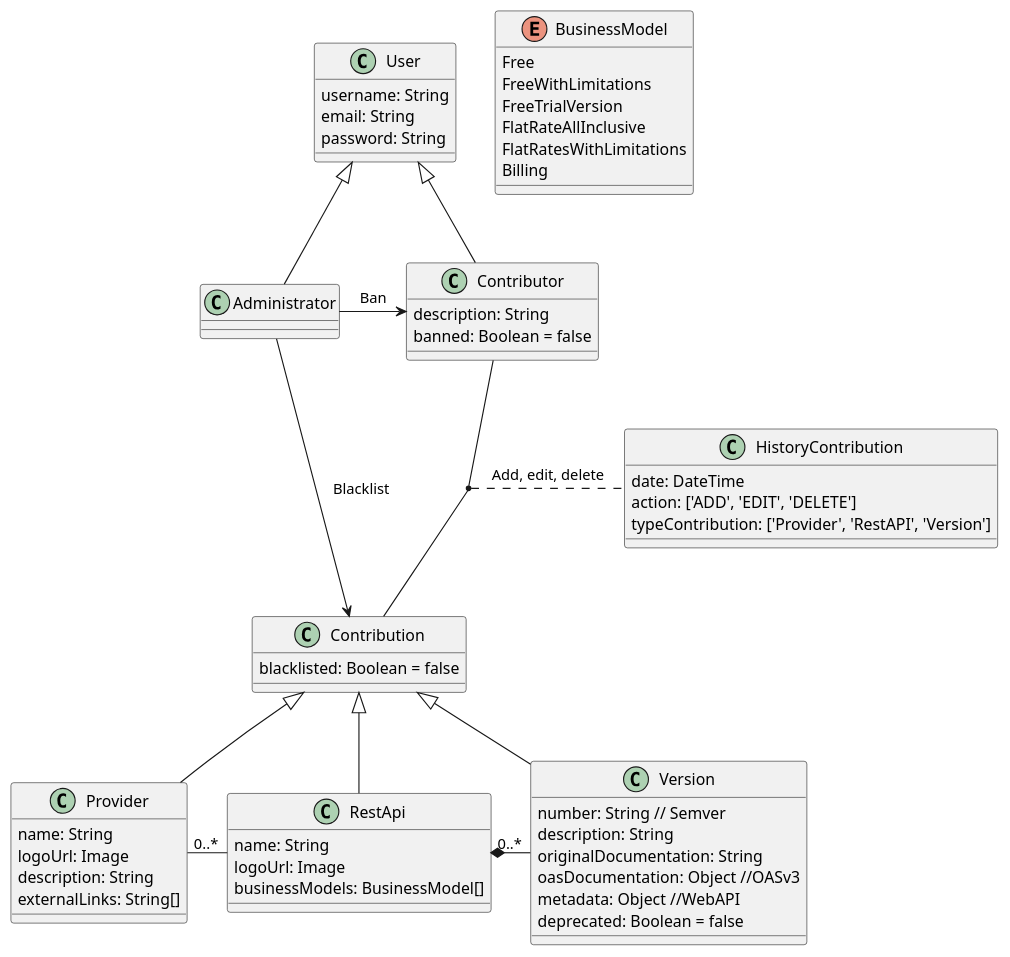
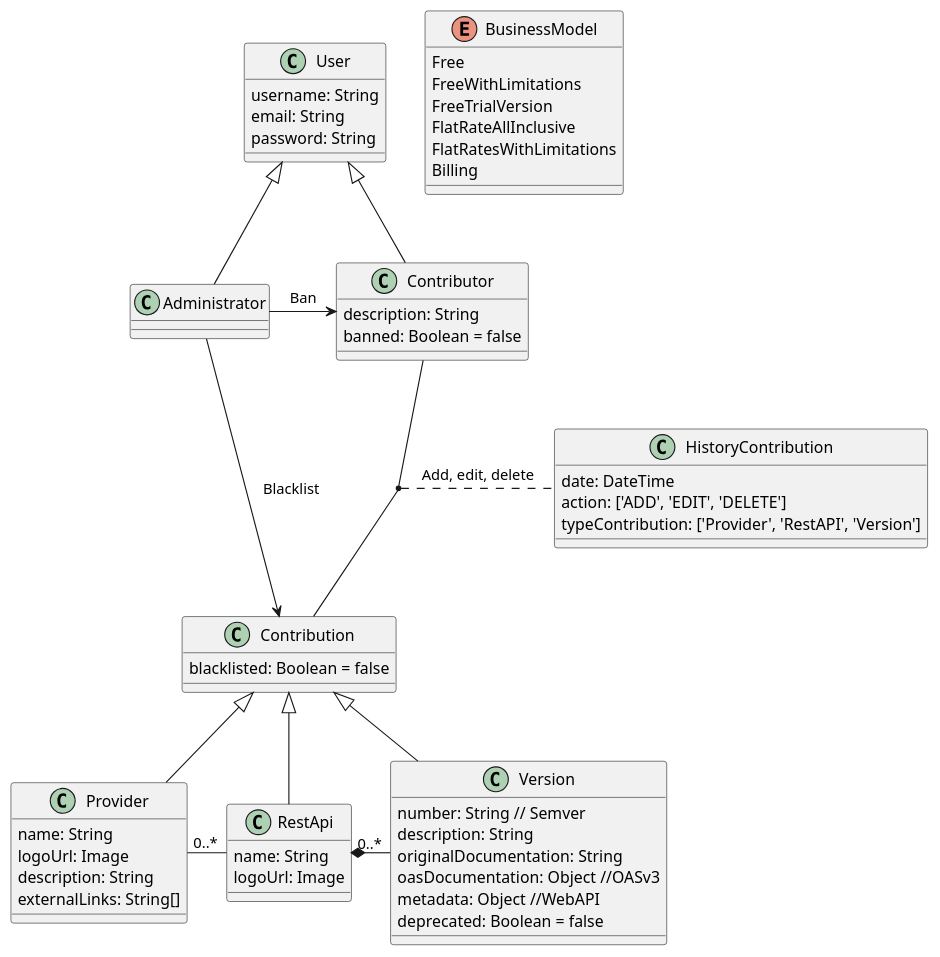
One commit to tonen100/TFM_API_RepositorioServiciosWebEnriquecidos changed the diagram in doc/dc.plantuml. Above: the diagram before and after it, drawn with PlantUML. The commit also changed 9 other files, not shown here.

Commit message:
changes in business models (now linked to oasDoc/metadata)

```diff
--- a/doc/dc.plantuml
+++ b/doc/dc.plantuml
@@ -1,69 +1,68 @@
 @startuml "DC APIs Repositorio"
 enum BusinessModel {
     Free
     FreeWithLimitations
     FreeTrialVersion
     FlatRateAllInclusive
     FlatRatesWithLimitations
     Billing
 }
 
 class Provider {
     name: String
     logoUrl: Image
     description: String
     externalLinks: String[]
 }
 
 class RestApi {
    name: String
    logoUrl: Image
-   businessModels: BusinessModel[]
 }
 
 class Version {
     number: String // Semver
     description: String
     originalDocumentation: String
     oasDocumentation: Object //OASv3
     metadata: Object //WebAPI
     deprecated: Boolean = false
 }
 
 class User {
     username: String
     email: String
     password: String
 }
 
 class Contributor {
     description: String
     banned: Boolean = false
 }
 
 class Administrator {
 
 }
 
 class Contribution {
     blacklisted: Boolean = false
 }
 
 class HistoryContribution {
     date: DateTime
     action: ['ADD', 'EDIT', 'DELETE']
     typeContribution: ['Provider', 'RestAPI', 'Version']
 }
 
 RestApi *-right- "0..*" Version
 Provider -right- "0..*" RestApi
 User <|-- Administrator
 User <|-- Contributor
 Administrator --> Contribution: Blacklist
 Administrator -right-> Contributor: Ban
 (Contributor,Contribution) .. HistoryContribution: Add, edit, delete
 Contribution <|-- Provider
 Contribution <|-- RestApi
 Contribution <|-- Version
 
 @enduml
```
